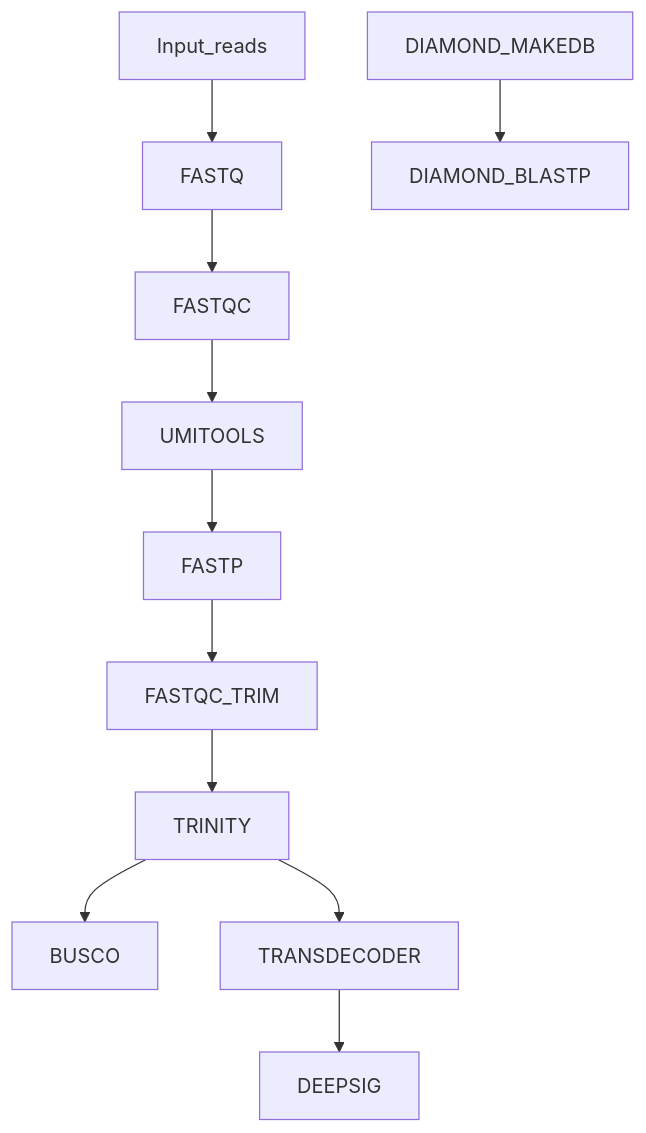
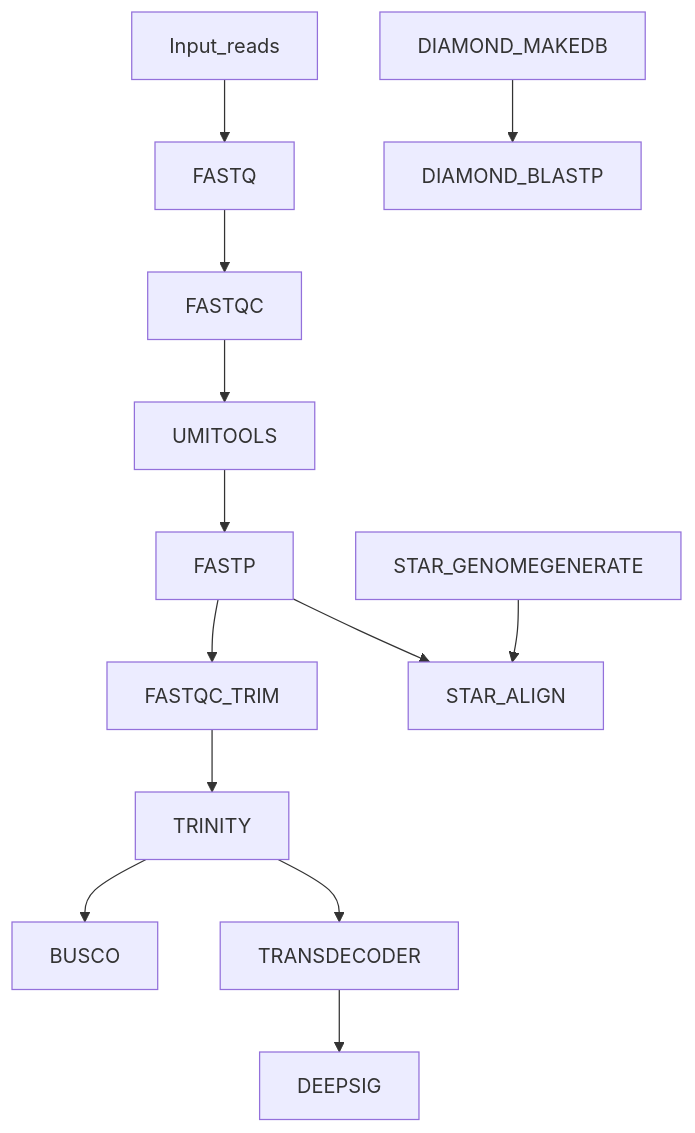
One commit to EPegueroS/transcriptassembler changed the diagram in README.md. Above: the diagram before and after it, drawn with Mermaid.

Commit message:
updated diagram

````diff
--- a/README.md
+++ b/README.md
@@ -22,13 +22,15 @@
 ```mermaid
 graph TD;
     Input_reads-->FASTQ;
     FASTQ-->FASTQC;
     FASTQC-->UMITOOLS;
     UMITOOLS-->FASTP;
     FASTP-->FASTQC_TRIM;
     FASTQC_TRIM-->TRINITY;
     TRINITY-->BUSCO;
     TRINITY-->TRANSDECODER;
     TRANSDECODER-->DEEPSIG;
-    DIAMOND_MAKEDB -->DIAMOND_BLASTP
+    DIAMOND_MAKEDB-->DIAMOND_BLASTP;
+    STAR_GENOMEGENERATE-->STAR_ALIGN;
+    FASTP-->STAR_ALIGN;
 ```
````
